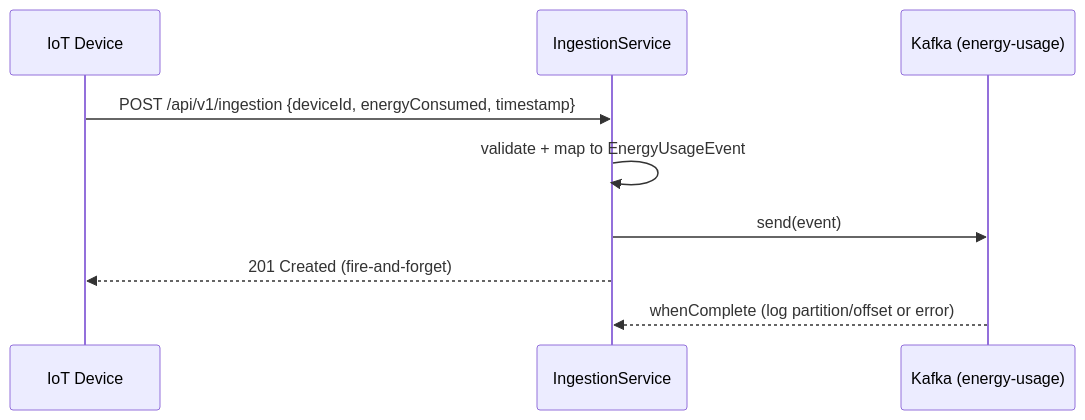
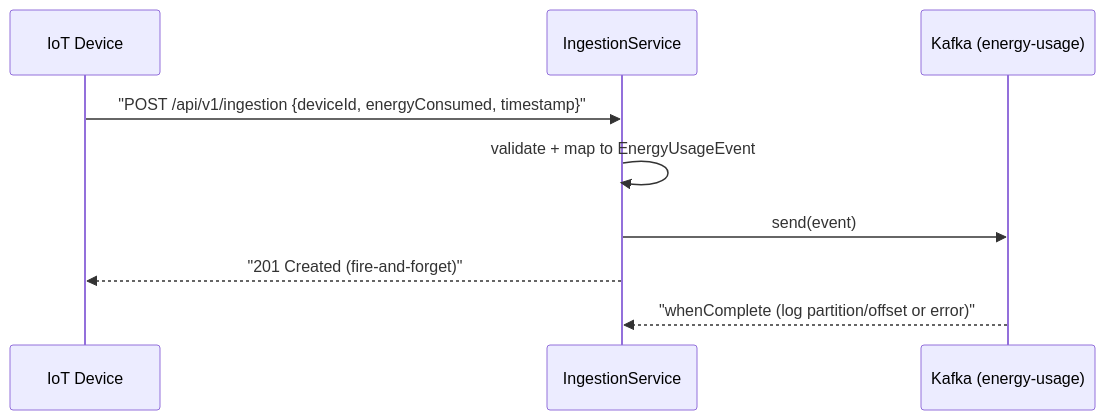
One commit to PagarciaSima/ENERGY_TRACKER_MICROSERVICES changed the second of 2 diagrams in ingestion-service/README.md. Above: the diagram before and after it, drawn with Mermaid. The commit also changed 5 other files, not shown here.

````diff
--- a/ingestion-service/README.md
+++ b/ingestion-service/README.md
@@ -267,12 +267,12 @@
 ```mermaid
 sequenceDiagram
     participant Client as IoT Device
     participant Service as IngestionService
     participant Kafka as Kafka (energy-usage)
 
-    Client->>Service: POST /api/v1/ingestion {deviceId, energyConsumed, timestamp}
+    Client->>Service: "POST /api/v1/ingestion {deviceId, energyConsumed, timestamp}"
     Service->>Service: validate + map to EnergyUsageEvent
     Service->>Kafka: send(event)
-    Service-->>Client: 201 Created (fire-and-forget)
-    Kafka-->>Service: whenComplete (log partition/offset or error)
+    Service-->>Client: "201 Created (fire-and-forget)"
+    Kafka-->>Service: "whenComplete (log partition/offset or error)"
 ```
````
